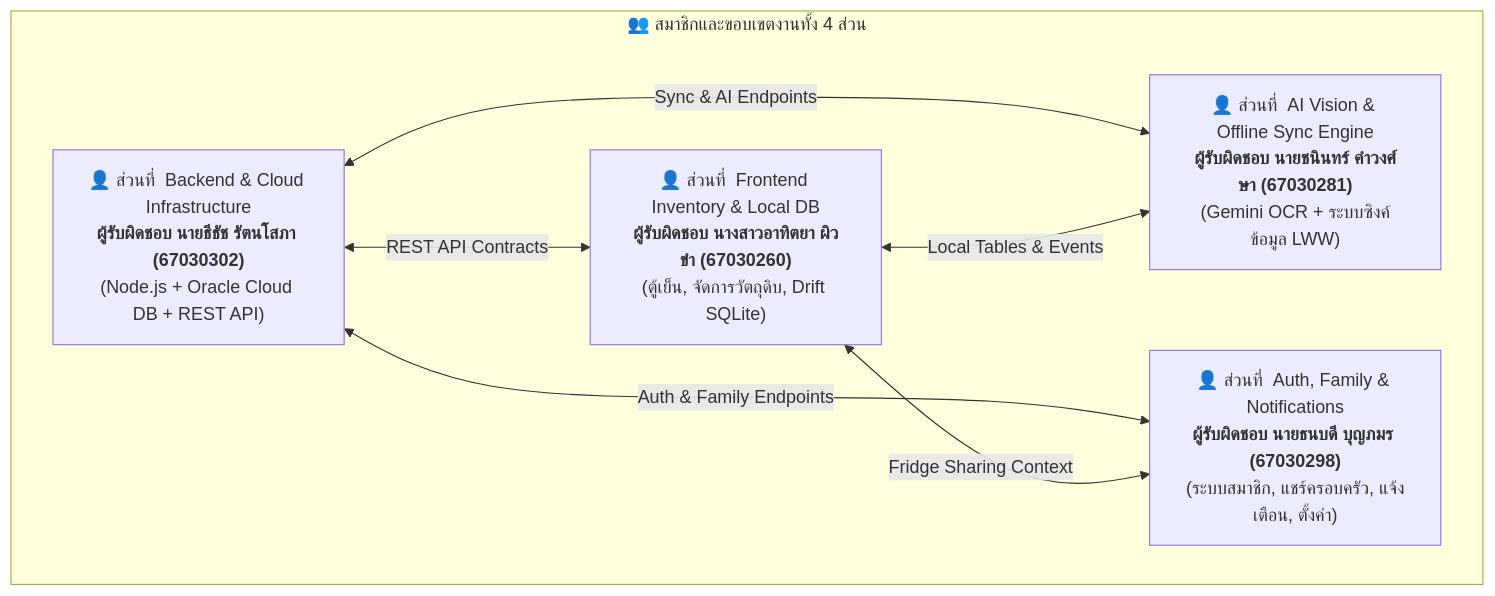
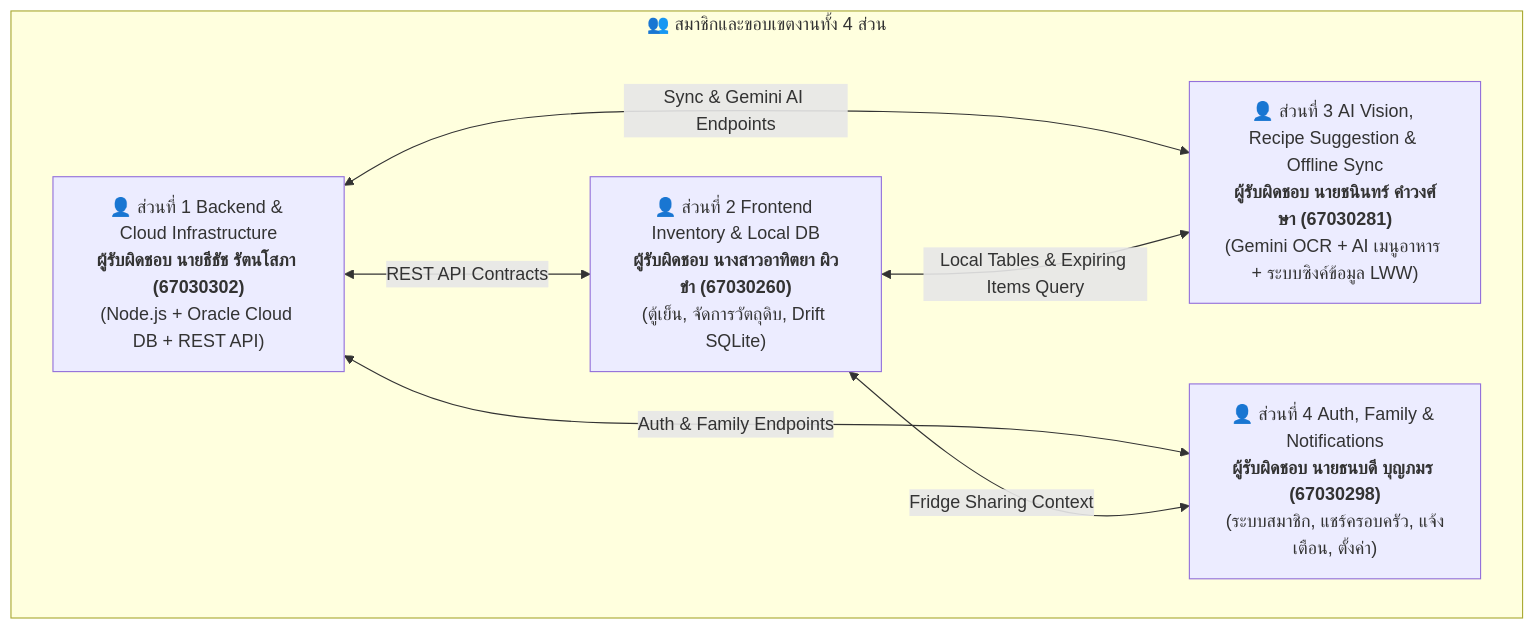
The first of 2 diagrams in docs/TASKS.md (Tanabordi/FM-EAA), drawn with Mermaid before and after one commit. The commit also changed other lines of this file and 2 other files, not shown here.

Commit message:
docs: add AI recipe recommendation specifications and task breakdown

````diff
--- a/docs/TASKS.md
+++ b/docs/TASKS.md
@@ -9,15 +9,15 @@
 ```mermaid
 flowchart TD
     subgraph Team ["👥 สมาชิกและขอบเขตงานทั้ง 4 ส่วน"]
-        M1["👤 ส่วนที่  Backend & Cloud Infrastructure<br/><b>ผู้รับผิดชอบ นายธีธัช รัตนโสภา (67030302)</b><br/>(Node.js + Oracle Cloud DB + REST API)"]
-        M2["👤 ส่วนที่  Frontend Inventory & Local DB<br/><b>ผู้รับผิดชอบ นางสาวอาทิตยา ผิวขำ (67030260)</b><br/>(ตู้เย็น, จัดการวัตถุดิบ, Drift SQLite)"]
-        M3["👤 ส่วนที่  AI Vision & Offline Sync Engine<br/><b>ผู้รับผิดชอบ นายชนินทร์ คำวงศ์ษา (67030281)</b><br/>(Gemini OCR + ระบบซิงค์ข้อมูล LWW)"]
-        M4["👤 ส่วนที่  Auth, Family & Notifications<br/><b>ผู้รับผิดชอบ นายธนบดี บุญภมร (67030298)</b><br/>(ระบบสมาชิก, แชร์ครอบครัว, แจ้งเตือน, ตั้งค่า)"]
+        M1["👤 ส่วนที่ 1 Backend & Cloud Infrastructure<br/><b>ผู้รับผิดชอบ นายธีธัช รัตนโสภา (67030302)</b><br/>(Node.js + Oracle Cloud DB + REST API)"]
+        M2["👤 ส่วนที่ 2 Frontend Inventory & Local DB<br/><b>ผู้รับผิดชอบ นางสาวอาทิตยา ผิวขำ (67030260)</b><br/>(ตู้เย็น, จัดการวัตถุดิบ, Drift SQLite)"]
+        M3["👤 ส่วนที่ 3 AI Vision, Recipe Suggestion & Offline Sync<br/><b>ผู้รับผิดชอบ นายชนินทร์ คำวงศ์ษา (67030281)</b><br/>(Gemini OCR + AI เมนูอาหาร + ระบบซิงค์ข้อมูล LWW)"]
+        M4["👤 ส่วนที่ 4 Auth, Family & Notifications<br/><b>ผู้รับผิดชอบ นายธนบดี บุญภมร (67030298)</b><br/>(ระบบสมาชิก, แชร์ครอบครัว, แจ้งเตือน, ตั้งค่า)"]
     end
 
     M1 <-->|"REST API Contracts"| M2
-    M1 <-->|"Sync & AI Endpoints"| M3
+    M1 <-->|"Sync & Gemini AI Endpoints"| M3
     M1 <-->|"Auth & Family Endpoints"| M4
-    M2 <-->|"Local Tables & Events"| M3
+    M2 <-->|"Local Tables & Expiring Items Query"| M3
     M2 <-->|"Fridge Sharing Context"| M4
 ```
````
